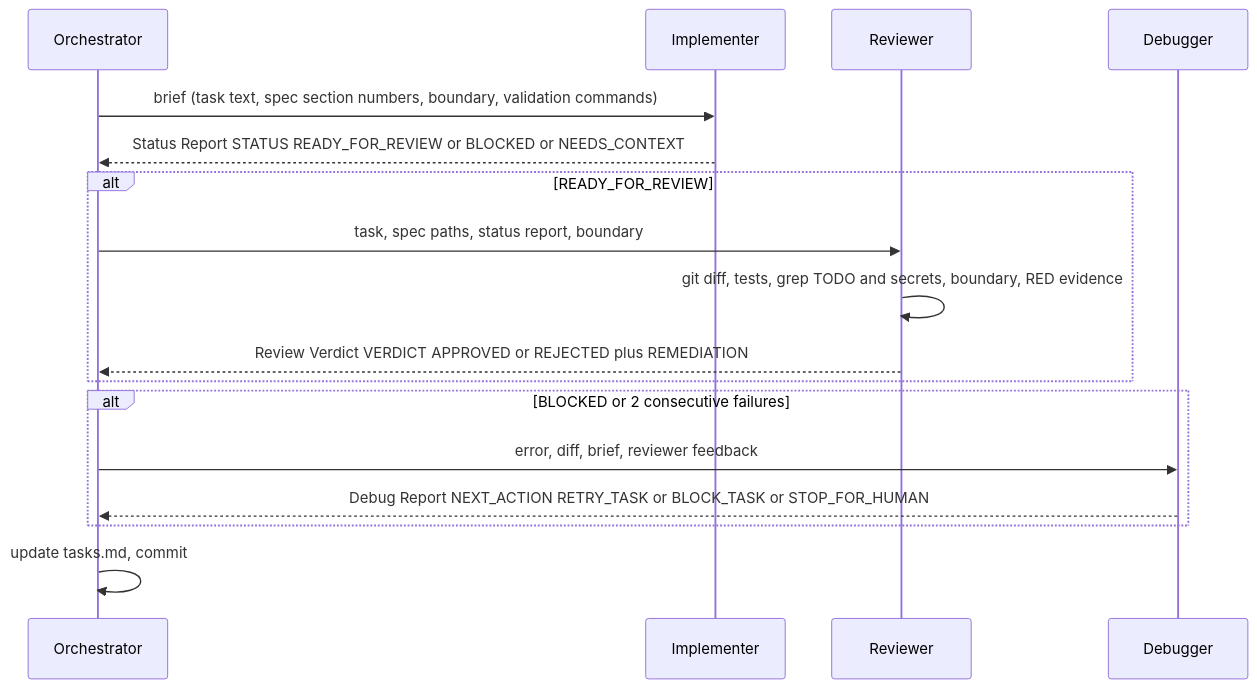
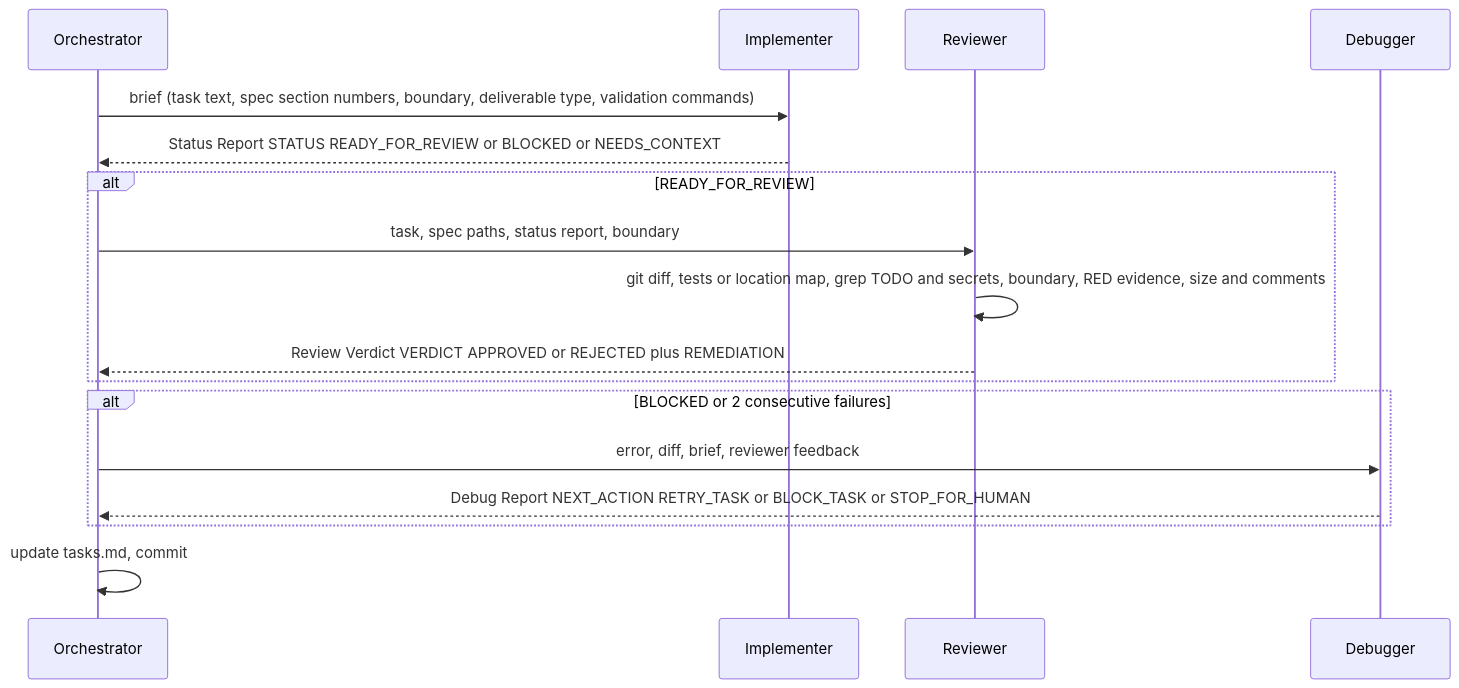
One commit to hodorii/agentic-psdd changed the fifth of 5 diagrams in docs/design.md. Above: the diagram before and after it, drawn with Mermaid. The commit also changed other lines of this file and 4 other files, not shown here.

````diff
--- a/docs/design.md
+++ b/docs/design.md
@@ -302,19 +317,19 @@
 ```mermaid
 sequenceDiagram
   participant O as Orchestrator
   participant Im as Implementer
   participant R as Reviewer
   participant D as Debugger
-  O->>Im: brief (task text, spec section numbers, boundary, validation commands)
+  O->>Im: brief (task text, spec section numbers, boundary, deliverable type, validation commands)
   Im-->>O: Status Report STATUS READY_FOR_REVIEW or BLOCKED or NEEDS_CONTEXT
   alt READY_FOR_REVIEW
     O->>R: task, spec paths, status report, boundary
-    R->>R: git diff, tests, grep TODO and secrets, boundary, RED evidence
+    R->>R: git diff, tests or location map, grep TODO and secrets, boundary, RED evidence, size and comments
     R-->>O: Review Verdict VERDICT APPROVED or REJECTED plus REMEDIATION
   end
   alt BLOCKED or 2 consecutive failures
     O->>D: error, diff, brief, reviewer feedback
     D-->>O: Debug Report NEXT_ACTION RETRY_TASK or BLOCK_TASK or STOP_FOR_HUMAN
   end
   O->>O: update tasks.md, commit
 ```
````
